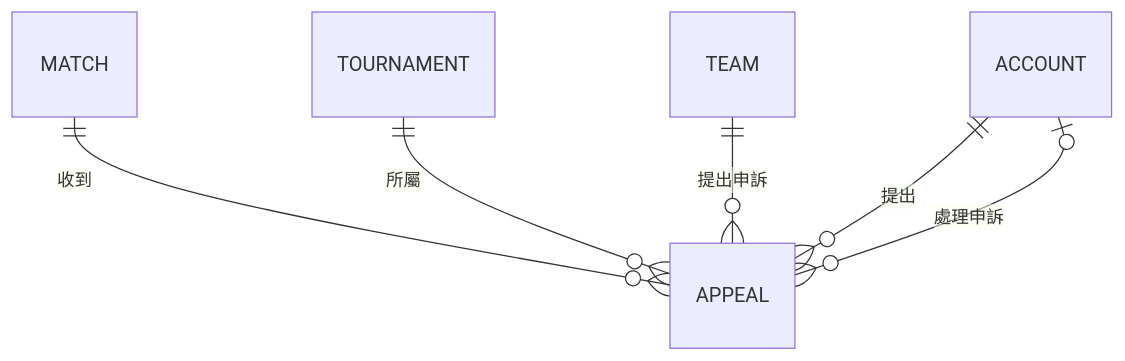
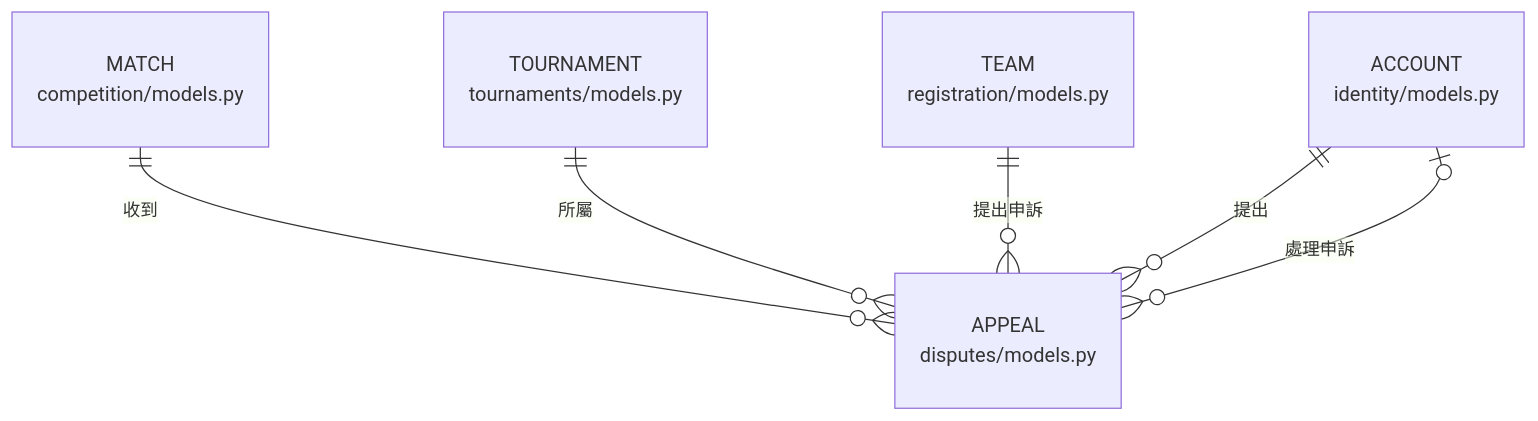
The tenth of 19 diagrams in docs/midterm/B-軟體需求分析文件.md (Team14good/esport-platform), drawn with Mermaid before and after one commit. The commit also changed other lines of this file and 27 other files, not shown here.

First line of the commit message:
docs: B、C、D 其餘的圖全部對照程式標註 (#92)

````diff
--- a/docs/midterm/B-軟體需求分析文件.md
+++ b/docs/midterm/B-軟體需求分析文件.md
@@ -782,8 +809,13 @@
 ```mermaid
 erDiagram
+  MATCH["MATCH<br/>competition/models.py"]
+  APPEAL["APPEAL<br/>disputes/models.py"]
+  TOURNAMENT["TOURNAMENT<br/>tournaments/models.py"]
+  TEAM["TEAM<br/>registration/models.py"]
+  ACCOUNT["ACCOUNT<br/>identity/models.py"]
   MATCH ||--o{ APPEAL : "收到"
   TOURNAMENT ||--o{ APPEAL : "所屬"
   TEAM ||--o{ APPEAL : "提出申訴"
   ACCOUNT ||--o{ APPEAL : "提出"
   ACCOUNT |o--o{ APPEAL : "處理申訴"
 ```
````
